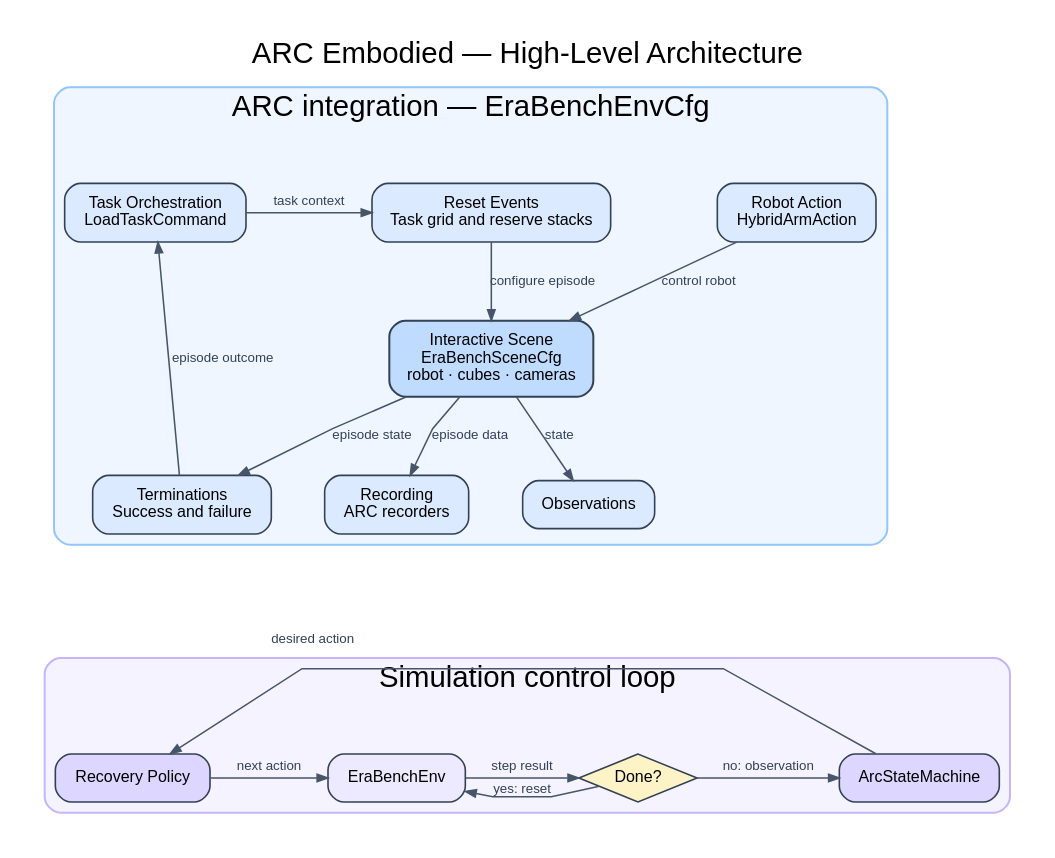
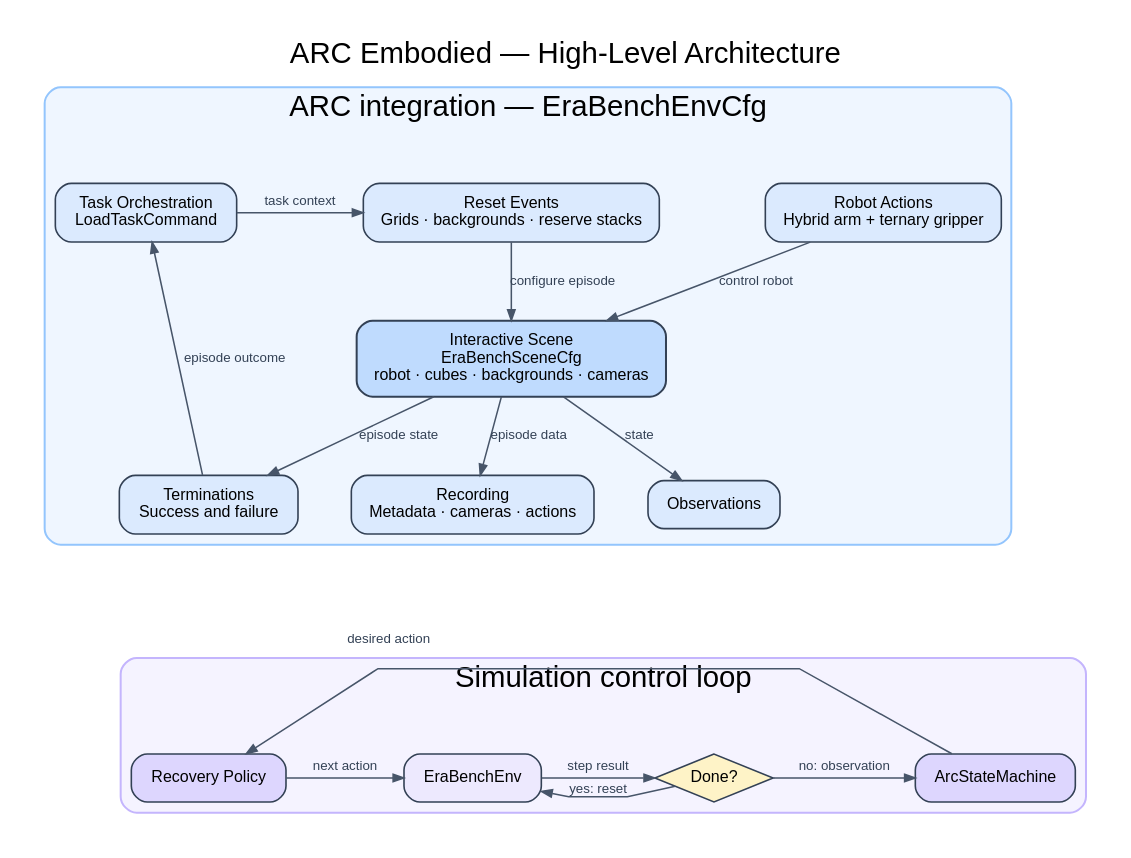
One commit to nardo7/era_bench changed the diagram in source/era_bench/docs/architecture/arc_embodied_architecture.dot. Above: the diagram before and after it, drawn with Graphviz. The commit also changed 25 other files, not shown here.

```diff
--- a/source/era_bench/docs/architecture/arc_embodied_architecture.dot
+++ b/source/era_bench/docs/architecture/arc_embodied_architecture.dot
@@ -1,132 +1,132 @@
 digraph ArcEmbodiedArchitecture {
   graph [
     label="ARC Embodied — High-Level Architecture",
     labelloc=t,
     fontsize=22,
     fontname="Arial",
     rankdir=TB,
     bgcolor="white",
     pad=0.25,
     nodesep=0.55,
     ranksep=0.65,
     splines=polyline
   ];
 
   node [
     shape=box,
     style="rounded,filled",
     fontname="Arial",
     fontsize=12,
     color="#334155",
     penwidth=1.2,
     margin="0.20,0.13"
   ];
 
   edge [
     fontname="Arial",
     fontsize=10,
     color="#475569",
     fontcolor="#334155",
     arrowsize=0.8,
     penwidth=1.15
   ];
 
   subgraph cluster_environment_architecture {
     label="ARC integration — EraBenchEnvCfg";
     color="#93C5FD";
     fillcolor="#EFF6FF";
     style="rounded,filled";
     penwidth=1.5;
 
     action [
-      label="Robot Action\nHybridArmAction",
+      label="Robot Actions\nHybrid arm + ternary gripper",
       fillcolor="#DBEAFE"
     ];
 
     task [
       label="Task Orchestration\nLoadTaskCommand",
       fillcolor="#DBEAFE"
     ];
 
     reset [
-      label="Reset Events\nTask grid and reserve stacks",
+      label="Reset Events\nGrids · backgrounds · reserve stacks",
       fillcolor="#DBEAFE"
     ];
 
     observations [
       label="Observations",
       fillcolor="#DBEAFE"
     ];
 
     terminations [
       label="Terminations\nSuccess and failure",
       fillcolor="#DBEAFE"
     ];
 
     recording [
-      label="Recording\nARC recorders",
+      label="Recording\nMetadata · cameras · actions",
       fillcolor="#DBEAFE"
     ];
 
     scene [
-      label="Interactive Scene\nEraBenchSceneCfg\nrobot · cubes · cameras",
+      label="Interactive Scene\nEraBenchSceneCfg\nrobot · cubes · backgrounds · cameras",
       fillcolor="#BFDBFE",
       penwidth=1.5
     ];
 
     { rank=same; action; task; reset; }
     { rank=same; observations; terminations; recording; }
 
     task -> reset [label="task context", weight=10];
     reset -> action [style=invis, weight=50];
     reset -> scene [label="configure episode"];
     action -> scene [label="control robot"];
     scene -> observations [label="state"];
     scene -> terminations [label="episode state"];
     terminations -> task [label="episode outcome"];
     scene -> recording [label="episode data"];
   }
 
   subgraph cluster_runtime_loop {
     label="Simulation control loop";
     color="#C4B5FD";
     fillcolor="#F5F3FF";
     style="rounded,filled";
     penwidth=1.5;
 
     environment [
       label="EraBenchEnv",
       fillcolor="#EDE9FE"
     ];
 
     done [
       label="Done?",
       shape=diamond,
       style=filled,
       fillcolor="#FEF3C7",
       margin="0.10,0.06"
     ];
 
     state_machine [
       label="ArcStateMachine",
       fillcolor="#DDD6FE"
     ];
 
     recovery [
       label="Recovery Policy",
       fillcolor="#DDD6FE"
     ];
 
     { rank=same; environment; done; state_machine; recovery; }
 
     environment -> done [label="step result"];
     done -> environment [label="yes: reset"];
     done -> state_machine [label="no: observation"];
     state_machine -> recovery [label="desired action"];
     recovery -> environment [label="next action"];
   }
 
   observations -> environment [style=invis, weight=100, minlen=2];
   terminations -> environment [style=invis, weight=100, minlen=2];
   recording -> environment [style=invis, weight=100, minlen=2];
 }
```
